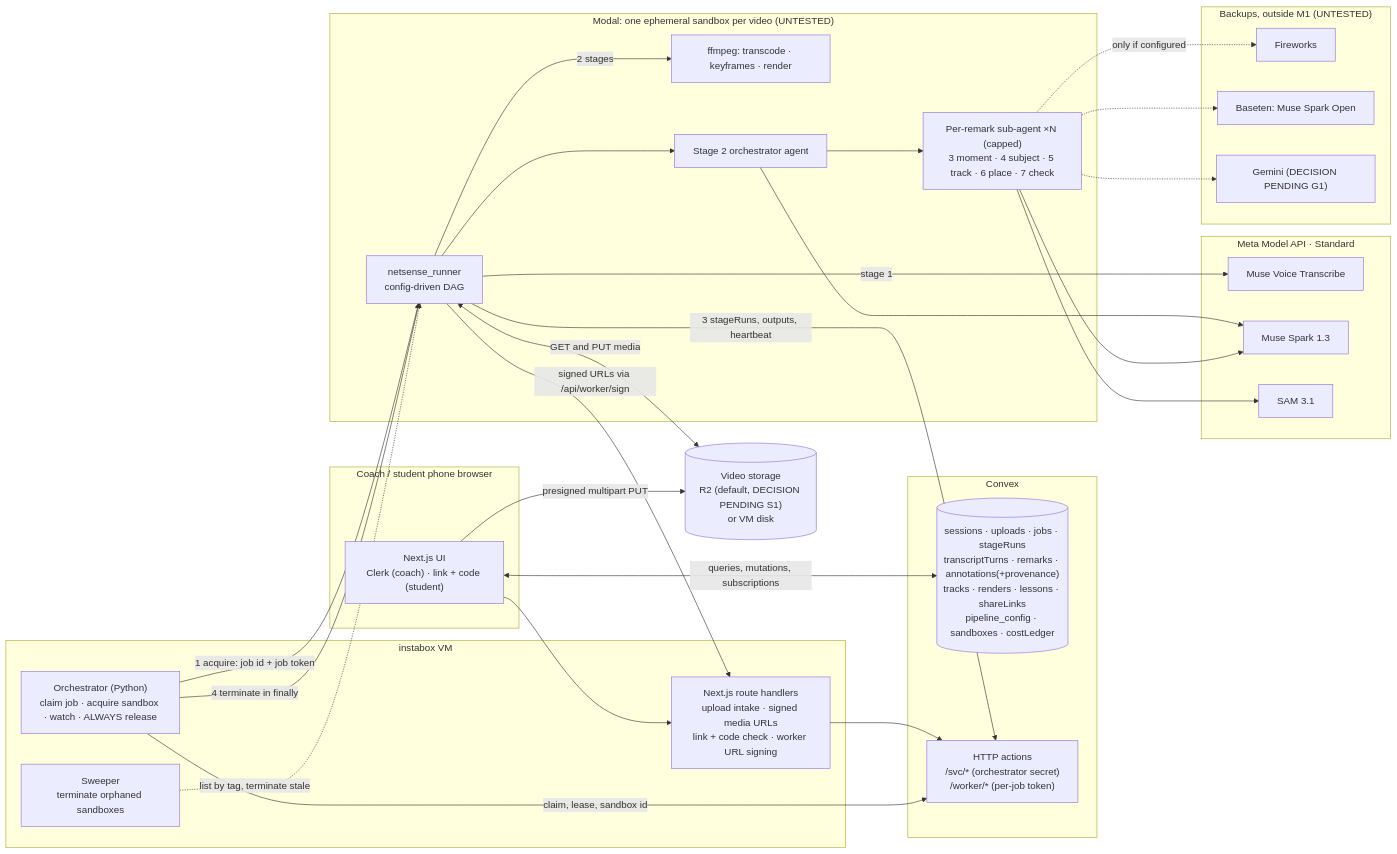
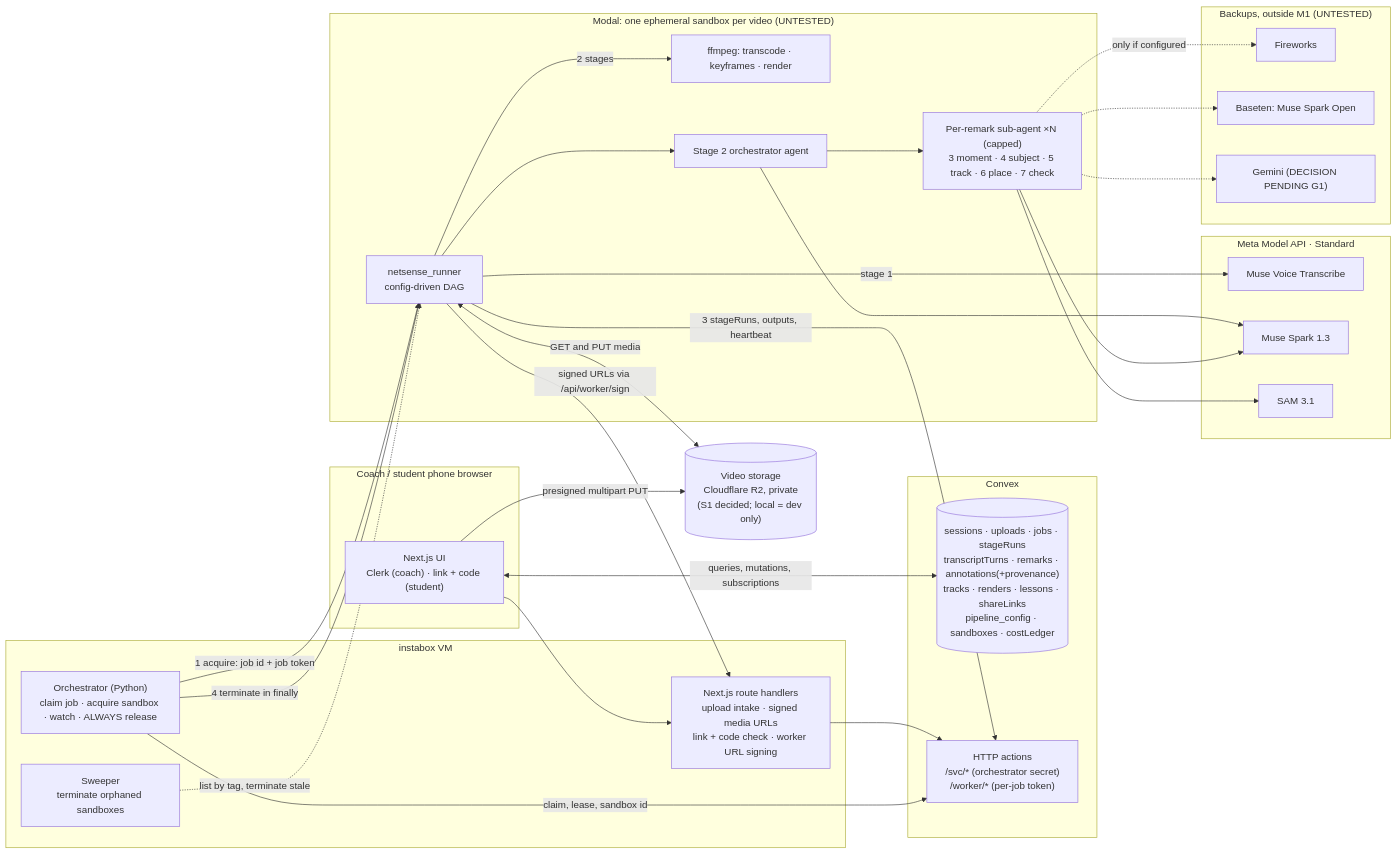
One commit to balasivagn/netsense changed the diagram in SPEC.md. Above: the diagram before and after it, drawn with Mermaid. The commit also changed other lines of this file and 7 other files, not shown here.

````diff
--- a/SPEC.md
+++ b/SPEC.md
@@ -142,52 +142,52 @@
 ```mermaid
 flowchart LR
   subgraph Browser["Coach / student phone browser"]
     UI["Next.js UI<br/>Clerk (coach) · link + code (student)"]
   end
   subgraph VM["instabox VM"]
     API["Next.js route handlers<br/>upload intake · signed media URLs<br/>link + code check · worker URL signing"]
     ORC["Orchestrator (Python)<br/>claim job · acquire sandbox · watch · ALWAYS release"]
     SW["Sweeper<br/>terminate orphaned sandboxes"]
   end
   subgraph Convex["Convex"]
     DB[("sessions · uploads · jobs · stageRuns<br/>transcriptTurns · remarks · annotations(+provenance)<br/>tracks · renders · lessons · shareLinks<br/>pipeline_config · sandboxes · costLedger")]
     HTTP["HTTP actions<br/>/svc/* (orchestrator secret)<br/>/worker/* (per-job token)"]
   end
   subgraph Modal["Modal: one ephemeral sandbox per video (UNTESTED)"]
     RUN["netsense_runner<br/>config-driven DAG"]
     FF["ffmpeg: transcode · keyframes · render"]
     S2["Stage 2 orchestrator agent"]
     PR["Per-remark sub-agent ×N (capped)<br/>3 moment · 4 subject · 5 track · 6 place · 7 check"]
   end
-  ST[("Video storage<br/>R2 (default, DECISION PENDING S1)<br/>or VM disk")]
+  ST[("Video storage<br/>Cloudflare R2, private<br/>(S1 decided; local = dev only)")]
   subgraph Meta["Meta Model API · Standard"]
     VT["Muse Voice Transcribe"]
     MS["Muse Spark 1.3"]
     SAM["SAM 3.1"]
   end
   subgraph Backup["Backups, outside M1 (UNTESTED)"]
     FW["Fireworks"]
     BT["Baseten: Muse Spark Open"]
     GM["Gemini (DECISION PENDING G1)"]
   end
   UI -->|presigned multipart PUT| ST
   UI <-->|queries, mutations, subscriptions| DB
   UI --> API
   API --> HTTP
   ORC -->|claim, lease, sandbox id| HTTP
   ORC -->|"1 acquire: job id + job token"| RUN
   ORC -->|"4 terminate in finally"| RUN
   SW -.->|list by tag, terminate stale| RUN
   RUN -->|"2 stages"| FF
   RUN --> S2 --> PR
   RUN -->|stage 1| VT
   S2 --> MS
   PR --> MS
   PR --> SAM
   RUN -->|"3 stageRuns, outputs, heartbeat"| HTTP
   RUN -->|"signed URLs via /api/worker/sign"| API
   RUN <-->|GET and PUT media| ST
   PR -.->|only if configured| FW
   PR -.-> BT
   PR -.-> GM
 ```
````
